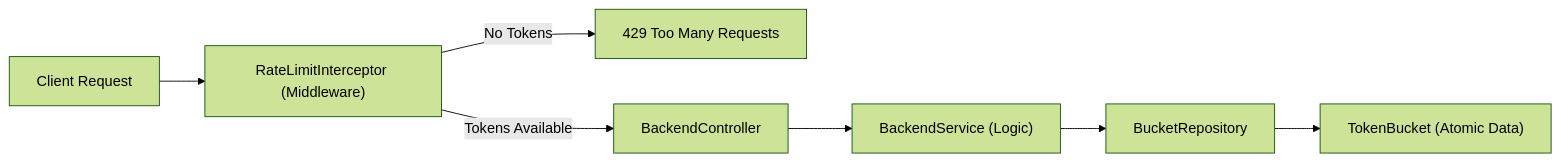
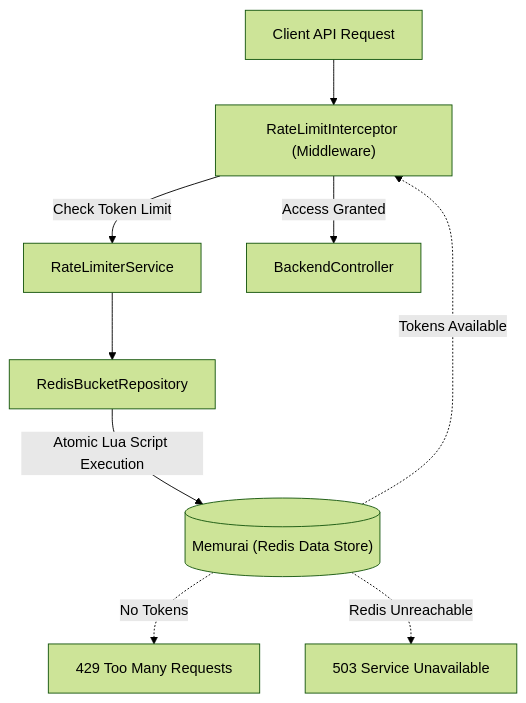
Before and after one commit to vanshikabytes/API-Rate-Limiter-Service: the diagram in README.md, drawn with Mermaid (forest theme). The commit also changed other lines of this file, not shown here.

````diff
--- a/README.md
+++ b/README.md
@@ -22,9 +27,15 @@
 ```mermaid
-graph LR
-    Client["Client Request"] --> Interceptor["RateLimitInterceptor (Middleware)"]
-    Interceptor --> |"No Tokens"| Block["429 Too Many Requests"]
-    Interceptor --> |"Tokens Available"| Controller["BackendController"]
-    Controller --> Service["BackendService (Logic)"]
-    Service --> Repos["BucketRepository"]
-    Repos --> Bucket["TokenBucket (Atomic Data)"]
+graph TD
+    Client["Client API Request"] --> Interceptor["RateLimitInterceptor (Middleware)"]
+    
+    Interceptor --> |"Check Token Limit"| RateLimiterService["RateLimiterService"]
+    RateLimiterService --> Repo["RedisBucketRepository"]
+    
+    Repo --> |"Atomic Lua Script Execution"| Redis[("Memurai (Redis Data Store)")]
+    
+    Redis -.-> |"Tokens Available"| Interceptor
+    Redis -.-> |"No Tokens"| Block["429 Too Many Requests"]
+    Redis -.-> |"Redis Unreachable"| Fail["503 Service Unavailable"]
+    
+    Interceptor --> |"Access Granted"| Controller["BackendController"]
 ```
````
